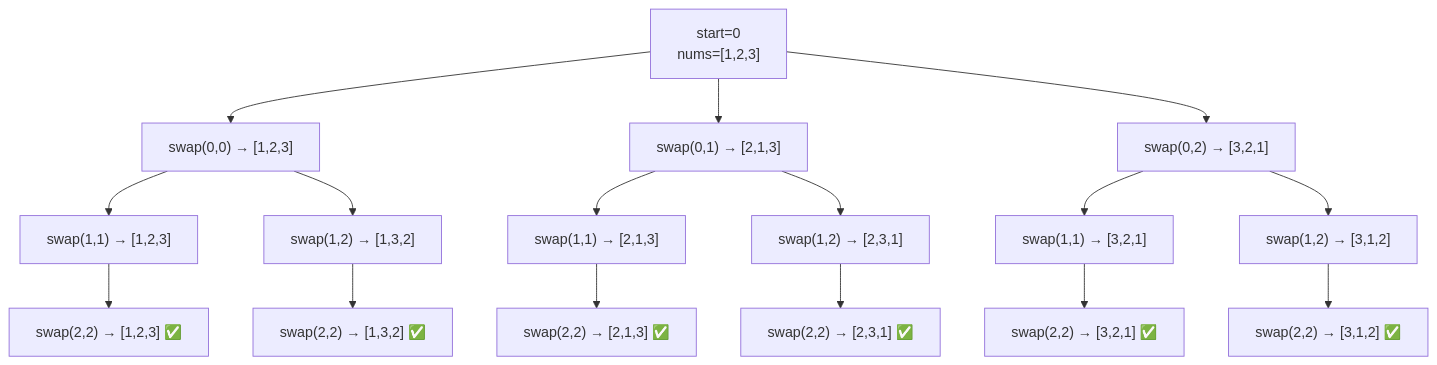
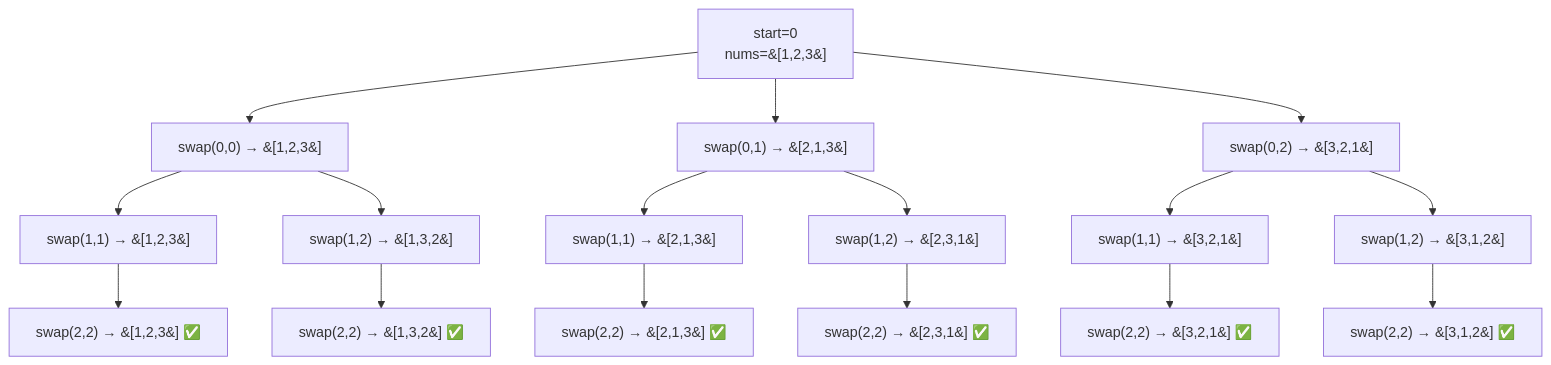
Before and after one commit to Aryan-Jadon18/dsa-placement-prep: the diagram in topics/10-backtracking/03-permutations/README.md, drawn with Mermaid. The commit also changed 52 other files, not shown here.

First line of the commit message:
Fix Mermaid diagrams not rendering on GitHub

````diff
--- a/topics/10-backtracking/03-permutations/README.md
+++ b/topics/10-backtracking/03-permutations/README.md
@@ -81,25 +81,25 @@
 ```mermaid
 graph TD
-    R["start=0<br/>nums=[1,2,3]"]
-    A["swap(0,0) → [1,2,3]"]
-    A1["swap(1,1) → [1,2,3]"]
-    A1a["swap(2,2) → [1,2,3] ✅"]
-    A2["swap(1,2) → [1,3,2]"]
-    A2a["swap(2,2) → [1,3,2] ✅"]
-    B["swap(0,1) → [2,1,3]"]
-    B1["swap(1,1) → [2,1,3]"]
-    B1a["swap(2,2) → [2,1,3] ✅"]
-    B2["swap(1,2) → [2,3,1]"]
-    B2a["swap(2,2) → [2,3,1] ✅"]
-    C["swap(0,2) → [3,2,1]"]
-    C1["swap(1,1) → [3,2,1]"]
-    C1a["swap(2,2) → [3,2,1] ✅"]
-    C2["swap(1,2) → [3,1,2]"]
-    C2a["swap(2,2) → [3,1,2] ✅"]
+    R["start=0<br/>nums=&#91;1,2,3&#93;"]
+    A["swap(0,0) → &#91;1,2,3&#93;"]
+    A1["swap(1,1) → &#91;1,2,3&#93;"]
+    A1a["swap(2,2) → &#91;1,2,3&#93; ✅"]
+    A2["swap(1,2) → &#91;1,3,2&#93;"]
+    A2a["swap(2,2) → &#91;1,3,2&#93; ✅"]
+    B["swap(0,1) → &#91;2,1,3&#93;"]
+    B1["swap(1,1) → &#91;2,1,3&#93;"]
+    B1a["swap(2,2) → &#91;2,1,3&#93; ✅"]
+    B2["swap(1,2) → &#91;2,3,1&#93;"]
+    B2a["swap(2,2) → &#91;2,3,1&#93; ✅"]
+    C["swap(0,2) → &#91;3,2,1&#93;"]
+    C1["swap(1,1) → &#91;3,2,1&#93;"]
+    C1a["swap(2,2) → &#91;3,2,1&#93; ✅"]
+    C2["swap(1,2) → &#91;3,1,2&#93;"]
+    C2a["swap(2,2) → &#91;3,1,2&#93; ✅"]
     R --> A --> A1 --> A1a
     A --> A2 --> A2a
     R --> B --> B1 --> B1a
     B --> B2 --> B2a
     R --> C --> C1 --> C1a
     C --> C2 --> C2a
 ```
````
